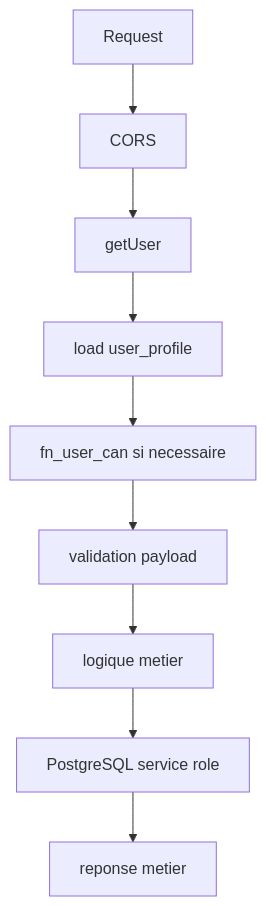
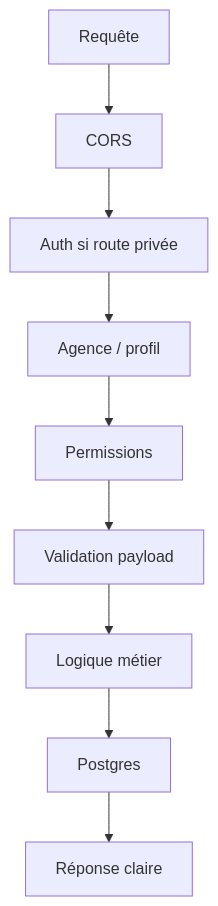
One commit to djibril123dione123-alt/Gestion-Locative changed the diagram in docs/edge-functions.md. Above: the diagram before and after it, drawn with Mermaid. The commit also changed other lines of this file and 19 other files, not shown here.

````diff
--- a/docs/edge-functions.md
+++ b/docs/edge-functions.md
@@ -28,11 +20,11 @@
 ```mermaid
 flowchart TD
-  Request["Request"] --> Cors["CORS"]
-  Cors --> Auth["getUser"]
-  Auth --> Profile["load user_profile"]
-  Profile --> Permission["fn_user_can si necessaire"]
-  Permission --> Validate["validation payload"]
-  Validate --> Service["logique metier"]
-  Service --> DB["PostgreSQL service role"]
-  DB --> Response["reponse metier"]
+  Request["Requête"] --> Cors["CORS"]
+  Cors --> Auth["Auth si route privée"]
+  Auth --> Tenant["Agence / profil"]
+  Tenant --> Permission["Permissions"]
+  Permission --> Validate["Validation payload"]
+  Validate --> Business["Logique métier"]
+  Business --> DB["Postgres"]
+  DB --> Response["Réponse claire"]
 ```
````
